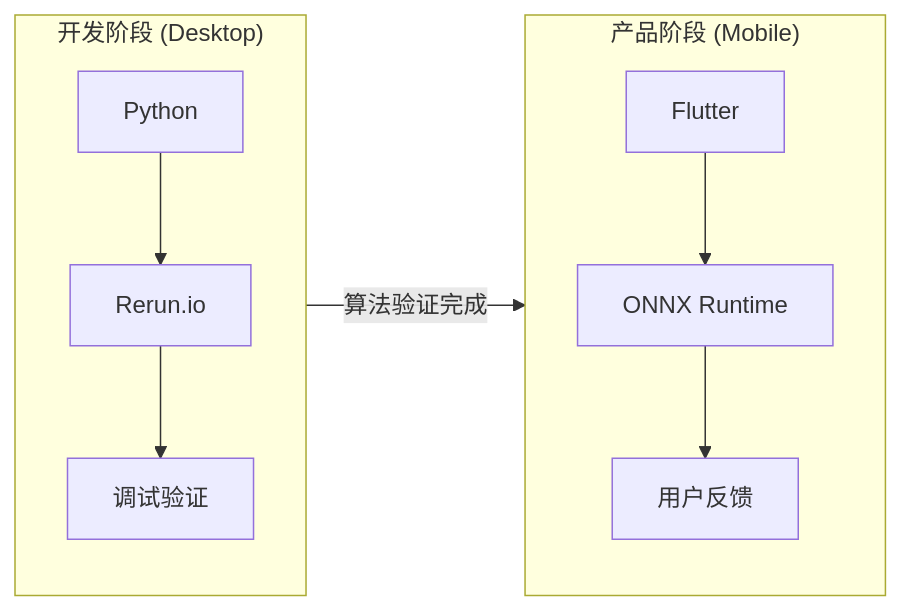
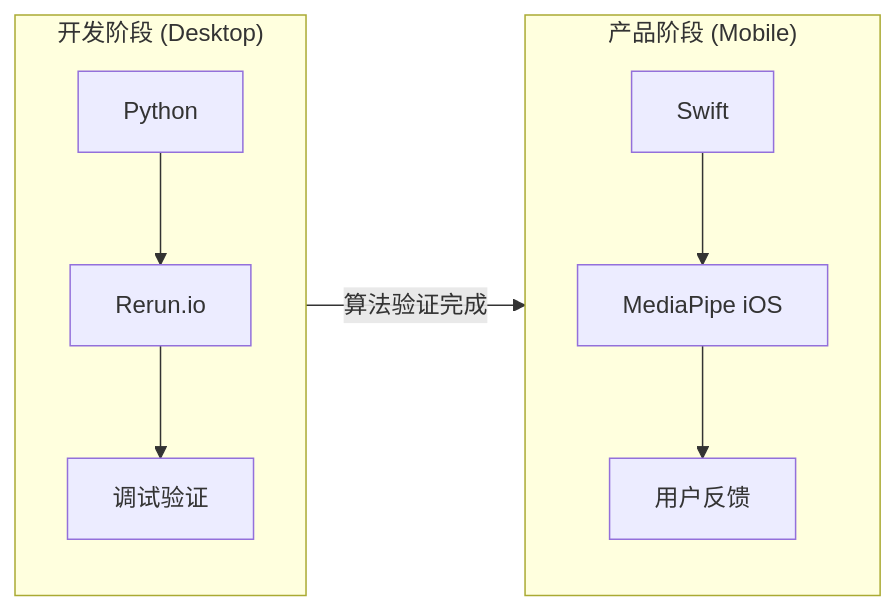
One commit to movement-chain-ai/movement-chain-docs changed the diagram in docs/zh/design/architecture/system-design.md. Above: the diagram before and after it, drawn with Mermaid. The commit also changed other lines of this file and 39 other files, not shown here.

````diff
--- a/docs/zh/design/architecture/system-design.md
+++ b/docs/zh/design/architecture/system-design.md
@@ -347,14 +347,14 @@
 ```mermaid
 graph LR
     subgraph DEV["开发阶段 (Desktop)"]
         D1[Python] --> D2[Rerun.io]
         D2 --> D3[调试验证]
     end
 
     subgraph PROD["产品阶段 (Mobile)"]
-        P1[Flutter] --> P2[ONNX Runtime]
+        P1[Swift] --> P2[MediaPipe iOS]
         P2 --> P3[用户反馈]
     end
 
     DEV --> |"算法验证完成"| PROD
 ```
````
